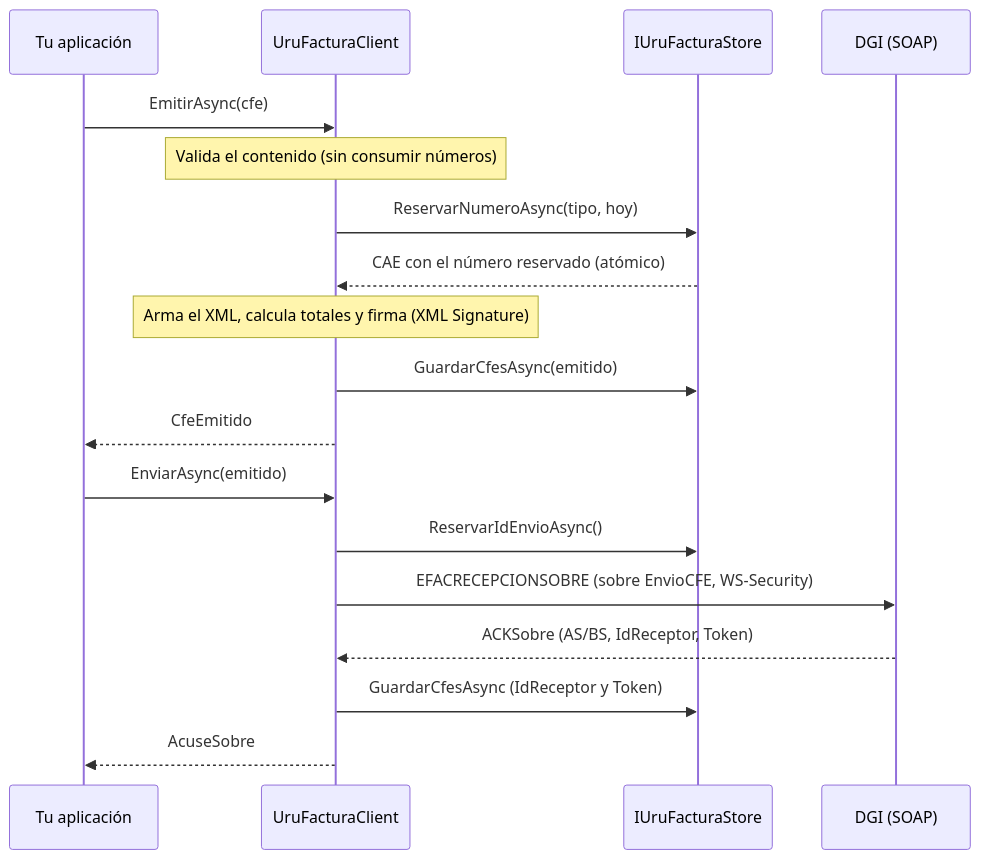
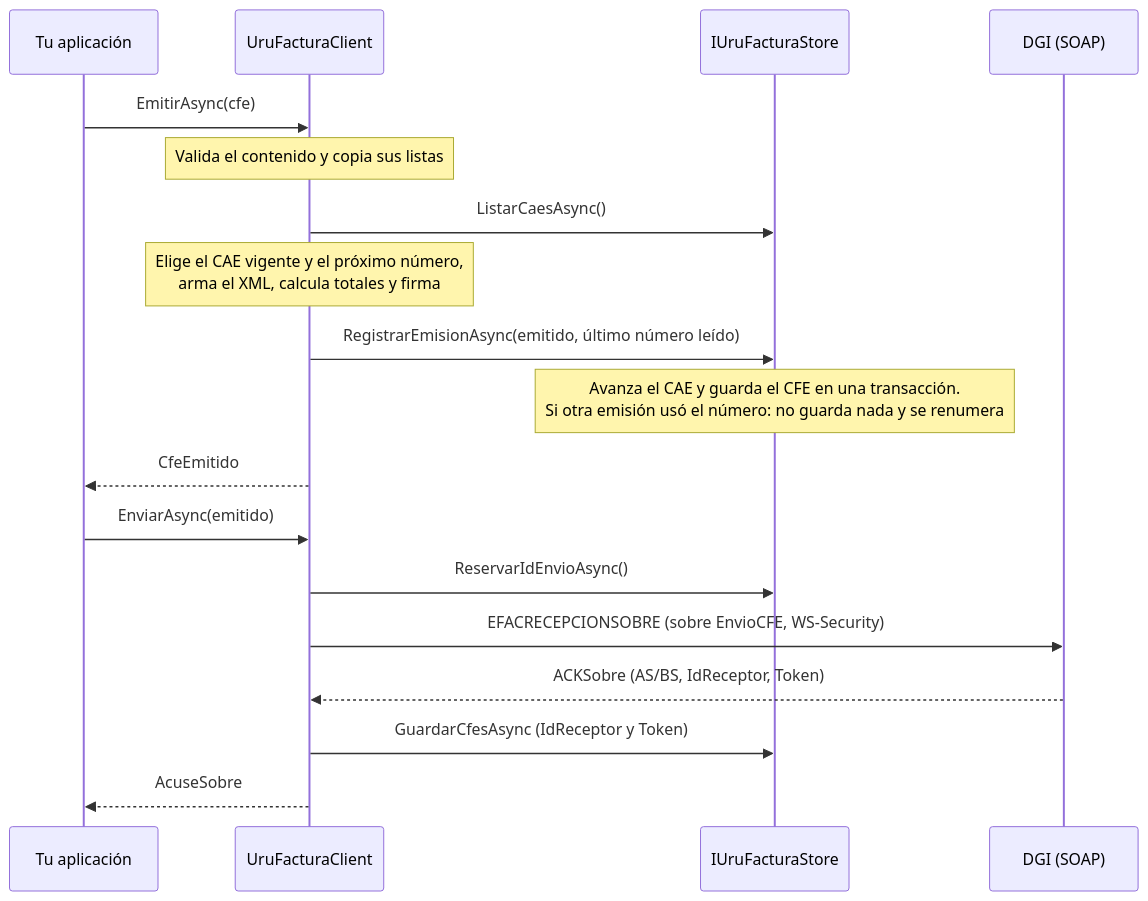
Before and after one commit to MathiasGonzalez/UruFactura: the second of 7 diagrams in landing/src/content/docs/guides/workflows.mdx, drawn with Mermaid. The commit also changed other lines of this file and 60 other files, not shown here.

````diff
--- a/landing/src/content/docs/guides/workflows.mdx
+++ b/landing/src/content/docs/guides/workflows.mdx
@@ -41,22 +41,22 @@
 ```mermaid
 sequenceDiagram
     participant App as Tu aplicación
     participant Client as UruFacturaClient
     participant Store as IUruFacturaStore
     participant DGI as DGI (SOAP)
 
     App->>Client: EmitirAsync(cfe)
-    Note over Client: Valida el contenido (sin consumir números)
-    Client->>Store: ReservarNumeroAsync(tipo, hoy)
-    Store-->>Client: CAE con el número reservado (atómico)
-    Note over Client: Arma el XML, calcula totales y firma (XML Signature)
-    Client->>Store: GuardarCfesAsync(emitido)
+    Note over Client: Valida el contenido y copia sus listas
+    Client->>Store: ListarCaesAsync()
+    Note over Client: Elige el CAE vigente y el próximo número,<br/>arma el XML, calcula totales y firma
+    Client->>Store: RegistrarEmisionAsync(emitido, último número leído)
+    Note over Store: Avanza el CAE y guarda el CFE en una transacción.<br/>Si otra emisión usó el número: no guarda nada y se renumera
     Client-->>App: CfeEmitido
 
     App->>Client: EnviarAsync(emitido)
     Client->>Store: ReservarIdEnvioAsync()
     Client->>DGI: EFACRECEPCIONSOBRE (sobre EnvioCFE, WS-Security)
     DGI-->>Client: ACKSobre (AS/BS, IdReceptor, Token)
     Client->>Store: GuardarCfesAsync (IdReceptor y Token)
     Client-->>App: AcuseSobre
 ```
````
